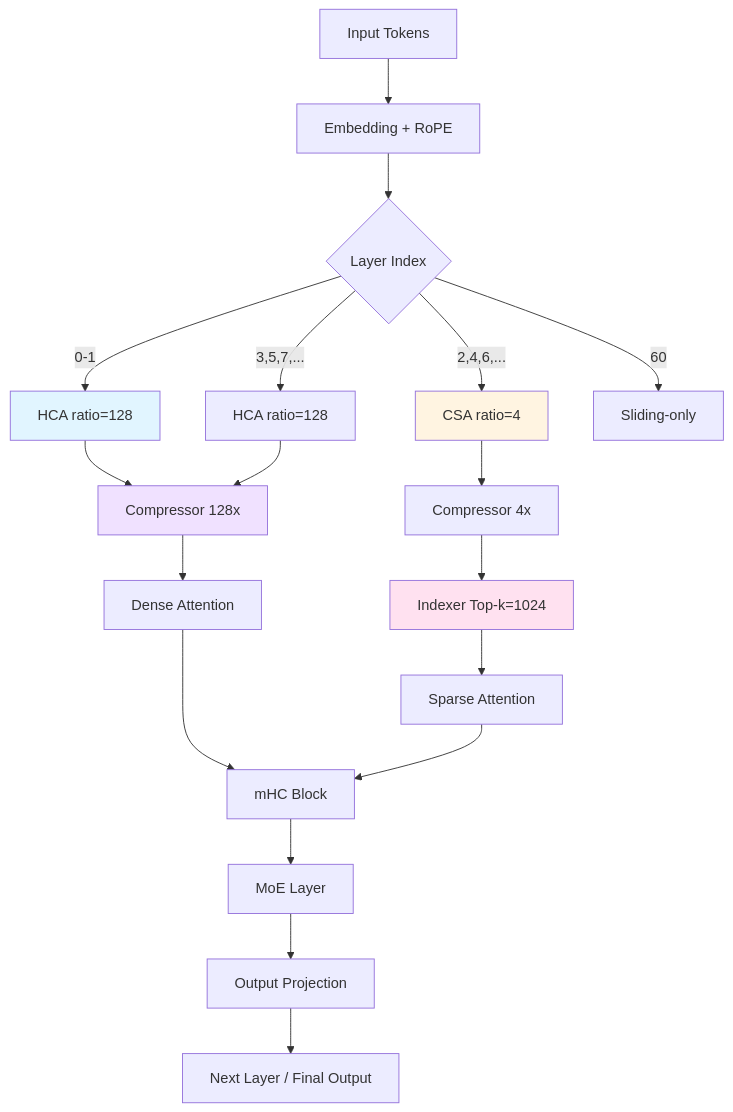
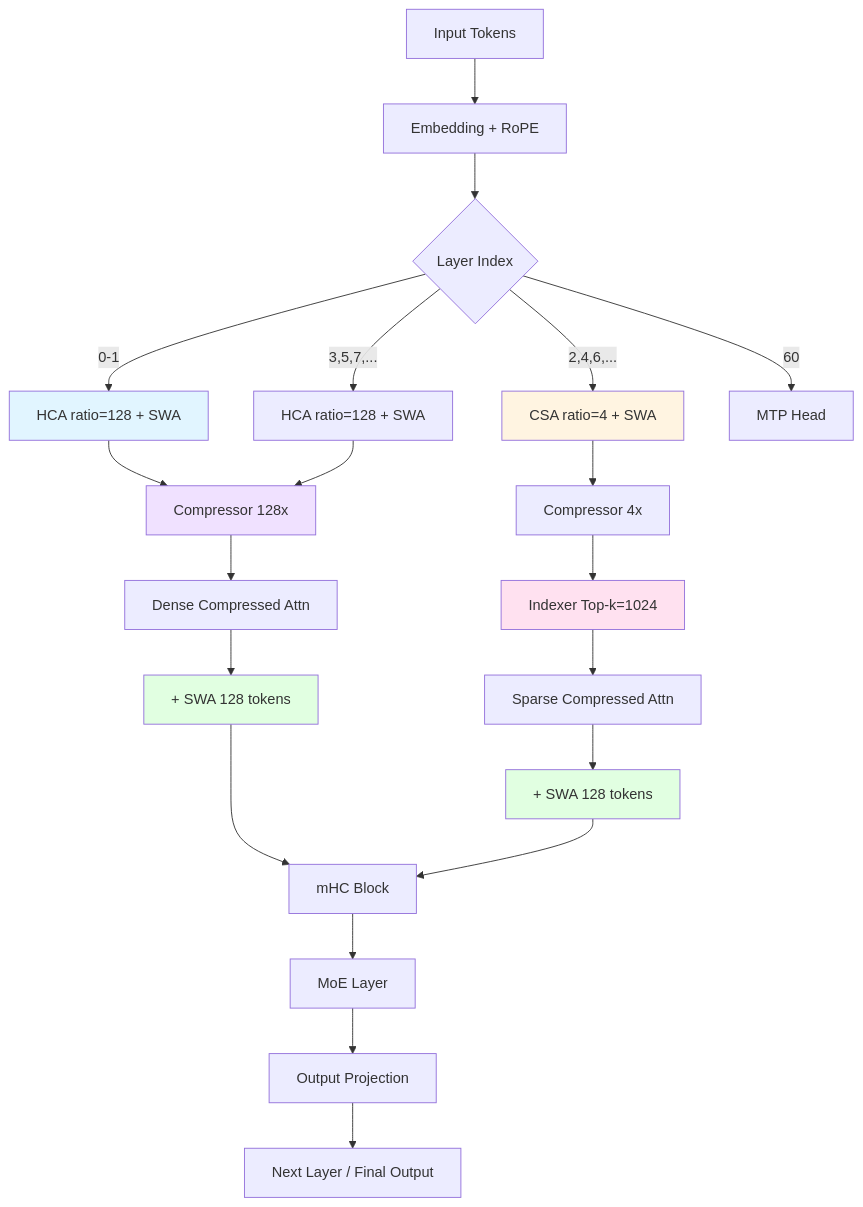
One commit to meraks/ArxivPaperReader changed the first of 2 diagrams in DeepReadings/2026-05-29-deepseek-v4-technical-report.md. Above: the diagram before and after it, drawn with Mermaid. The commit also changed other lines of this file, not shown here.

````diff
--- a/DeepReadings/2026-05-29-deepseek-v4-technical-report.md
+++ b/DeepReadings/2026-05-29-deepseek-v4-technical-report.md
@@ -256,29 +260,33 @@
 ```mermaid
 graph TD
     A[Input Tokens] --> B[Embedding + RoPE]
     B --> C{Layer Index}
-    C -->|0-1| D[HCA ratio=128]
-    C -->|2,4,6,...| E[CSA ratio=4]
-    C -->|3,5,7,...| F[HCA ratio=128]
-    C -->|60|MTP[Sliding-only]
+    C -->|0-1| D[HCA ratio=128 + SWA]
+    C -->|2,4,6,...| E[CSA ratio=4 + SWA]
+    C -->|3,5,7,...| F[HCA ratio=128 + SWA]
+    C -->|60| MTP[MTP Head]
     
     D --> G[Compressor 128x]
     E --> H[Compressor 4x]
     F --> G
     H --> I[Indexer Top-k=1024]
     
-    G --> J[Dense Attention]
-    I --> K[Sparse Attention]
+    G --> J[Dense Compressed Attn]
+    I --> K[Sparse Compressed Attn]
+    J --> SWA1[+ SWA 128 tokens]
+    K --> SWA2[+ SWA 128 tokens]
     
-    J --> L[mHC Block]
-    K --> L
+    SWA1 --> L[mHC Block]
+    SWA2 --> L
     
     L --> N[MoE Layer]
     N --> O[Output Projection]
     O --> P[Next Layer / Final Output]
     
     style D fill:#e1f5ff
     style E fill:#fff4e1
     style G fill:#f0e1ff
     style I fill:#ffe1f0
+    style SWA1 fill:#e1ffe1
+    style SWA2 fill:#e1ffe1
 ```
````
